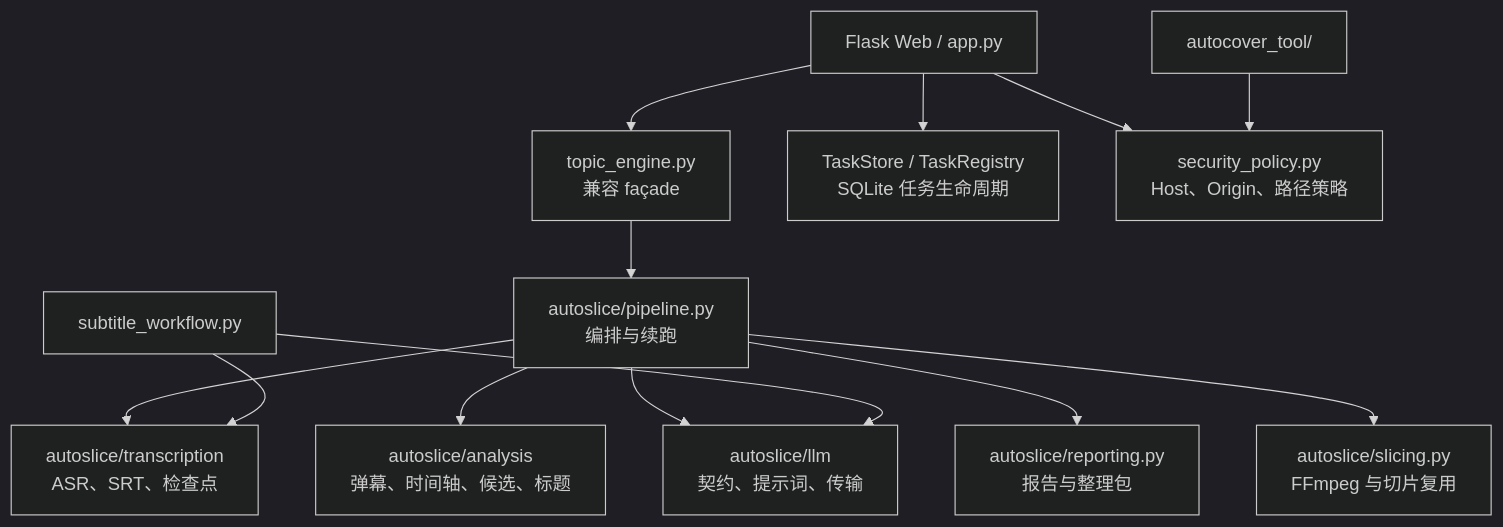
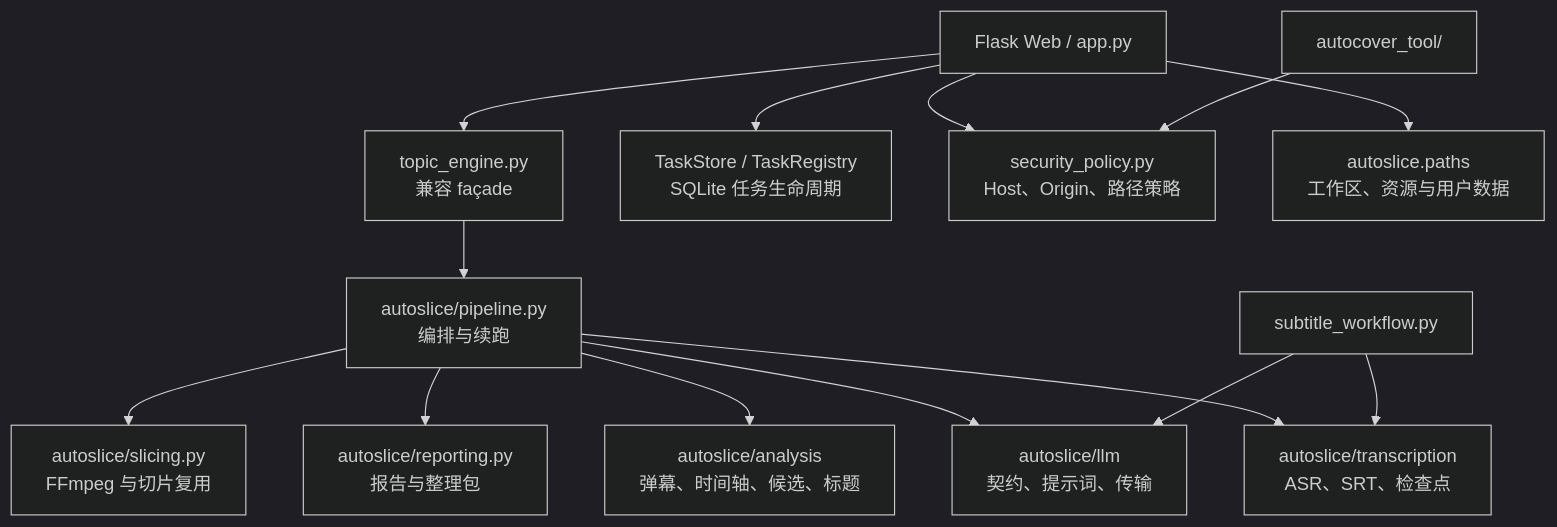
Before and after one commit to YRMDLG/AutoSlice: the diagram in docs/架构重构.md, drawn with Mermaid (dark theme). The commit also changed other lines of this file and 19 other files, not shown here.

````diff
--- a/docs/架构重构.md
+++ b/docs/架构重构.md
@@ -28,15 +28,16 @@
 ```mermaid
 flowchart TD
     UI["Flask Web / app.py"] --> Facade["topic_engine.py<br/>兼容 façade"]
     Facade --> Pipeline["autoslice/pipeline.py<br/>编排与续跑"]
     Pipeline --> Transcription["autoslice/transcription<br/>ASR、SRT、检查点"]
     Pipeline --> Analysis["autoslice/analysis<br/>弹幕、时间轴、候选、标题"]
     Pipeline --> LLM["autoslice/llm<br/>契约、提示词、传输"]
     Pipeline --> Reporting["autoslice/reporting.py<br/>报告与整理包"]
     Pipeline --> Slicing["autoslice/slicing.py<br/>FFmpeg 与切片复用"]
     UI --> Tasks["TaskStore / TaskRegistry<br/>SQLite 任务生命周期"]
     UI --> Security["security_policy.py<br/>Host、Origin、路径策略"]
+    UI --> Paths["autoslice.paths<br/>工作区、资源与用户数据"]
     Subtitle["subtitle_workflow.py"] --> Transcription
     Subtitle --> LLM
     Cover["autocover_tool/"] --> Security
 ```
````
